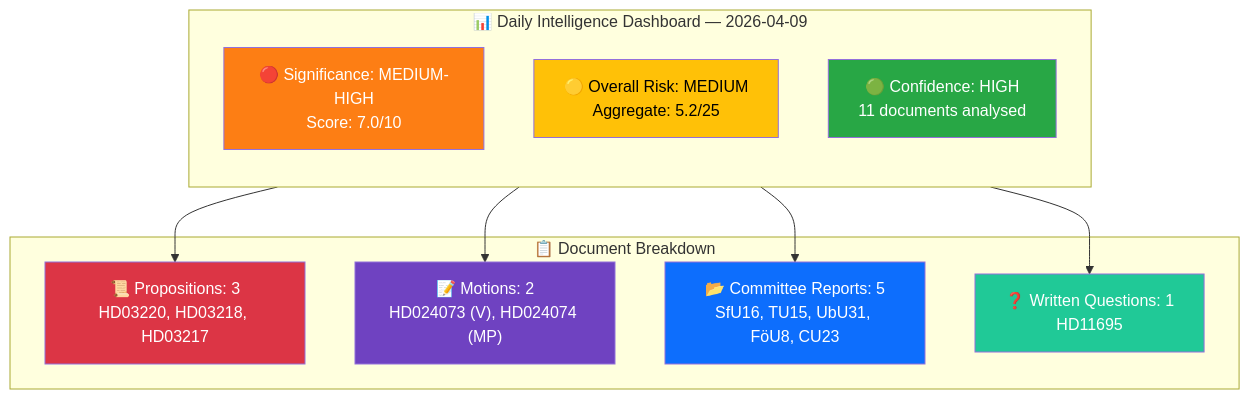
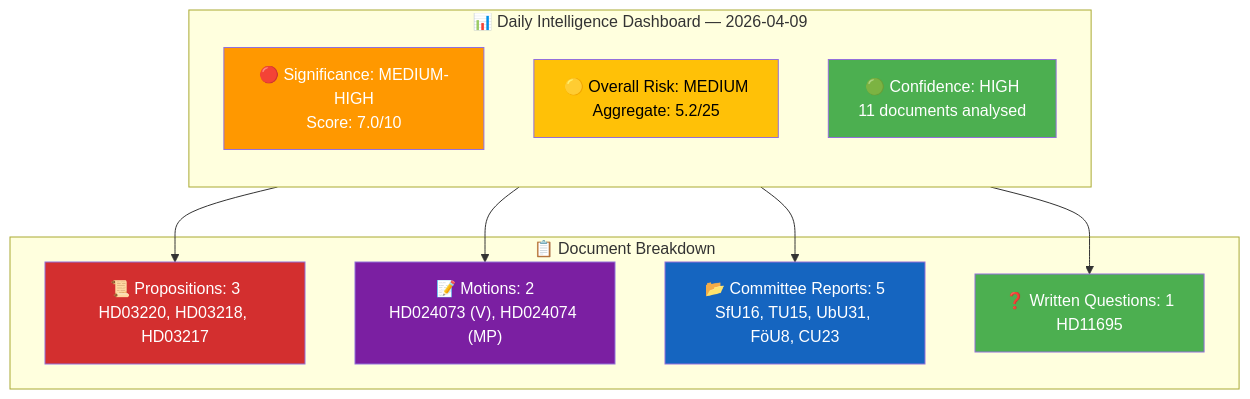
One commit to Hack23/riksdagsmonitor changed the diagram in analysis/daily/2026-04-09/realtime-1436/synthesis-summary.md. Above: the diagram before and after it, drawn with Mermaid. The commit also changed 785 other files, not shown here.

First line of the commit message:
Normalize mermaid colors across 786 analysis artifacts to ISMS Style Guide palette

````diff
--- a/analysis/daily/2026-04-09/realtime-1436/synthesis-summary.md
+++ b/analysis/daily/2026-04-09/realtime-1436/synthesis-summary.md
@@ -13,29 +13,29 @@
 ```mermaid
 graph TB
     subgraph "📊 Daily Intelligence Dashboard — 2026-04-09"
         direction TB
         SIG["🔴 Significance: MEDIUM-HIGH<br/>Score: 7.0/10"]
         RISK["🟡 Overall Risk: MEDIUM<br/>Aggregate: 5.2/25"]
         CONF["🟢 Confidence: HIGH<br/>11 documents analysed"]
     end
 
     subgraph "📋 Document Breakdown"
         PROP["📜 Propositions: 3<br/>HD03220, HD03218, HD03217"]
         MOT["📝 Motions: 2<br/>HD024073 (V), HD024074 (MP)"]
         BET["📂 Committee Reports: 5<br/>SfU16, TU15, UbU31, FöU8, CU23"]
         FRA["❓ Written Questions: 1<br/>HD11695"]
     end
 
     SIG --> PROP
     SIG --> MOT
     SIG --> BET
     SIG --> FRA
 
-    style SIG fill:#fd7e14,color:#fff
-    style RISK fill:#ffc107,color:#000
-    style CONF fill:#28a745,color:#fff
-    style PROP fill:#dc3545,color:#fff
-    style MOT fill:#6f42c1,color:#fff
-    style BET fill:#0d6efd,color:#fff
-    style FRA fill:#20c997,color:#fff
+    style SIG fill:#FF9800,color:#FFFFFF
+    style RISK fill:#FFC107,color:#000000
+    style CONF fill:#4CAF50,color:#FFFFFF
+    style PROP fill:#D32F2F,color:#FFFFFF
+    style MOT fill:#7B1FA2,color:#FFFFFF
+    style BET fill:#1565C0,color:#FFFFFF
+    style FRA fill:#4CAF50,color:#FFFFFF
 ```
````
